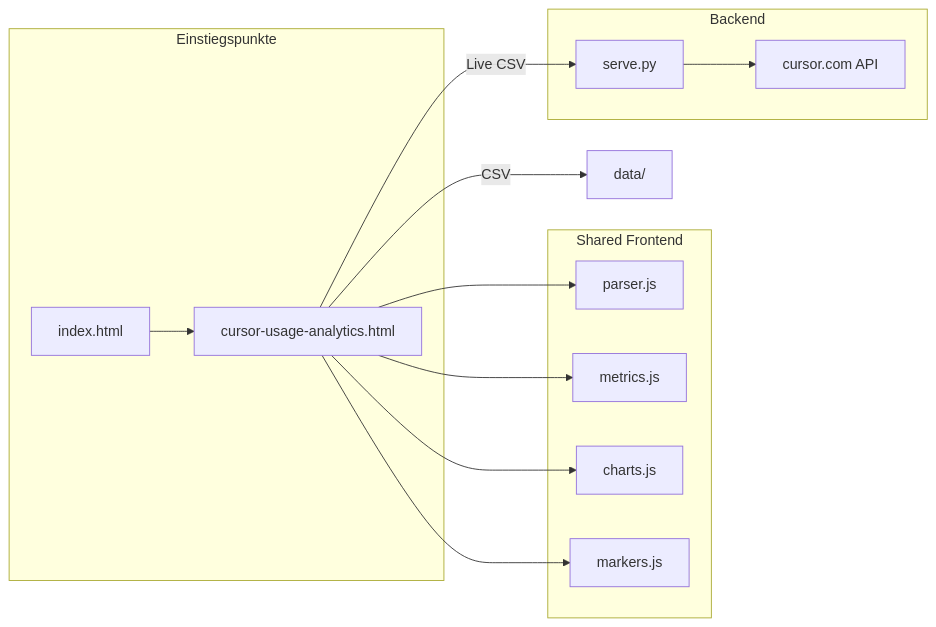
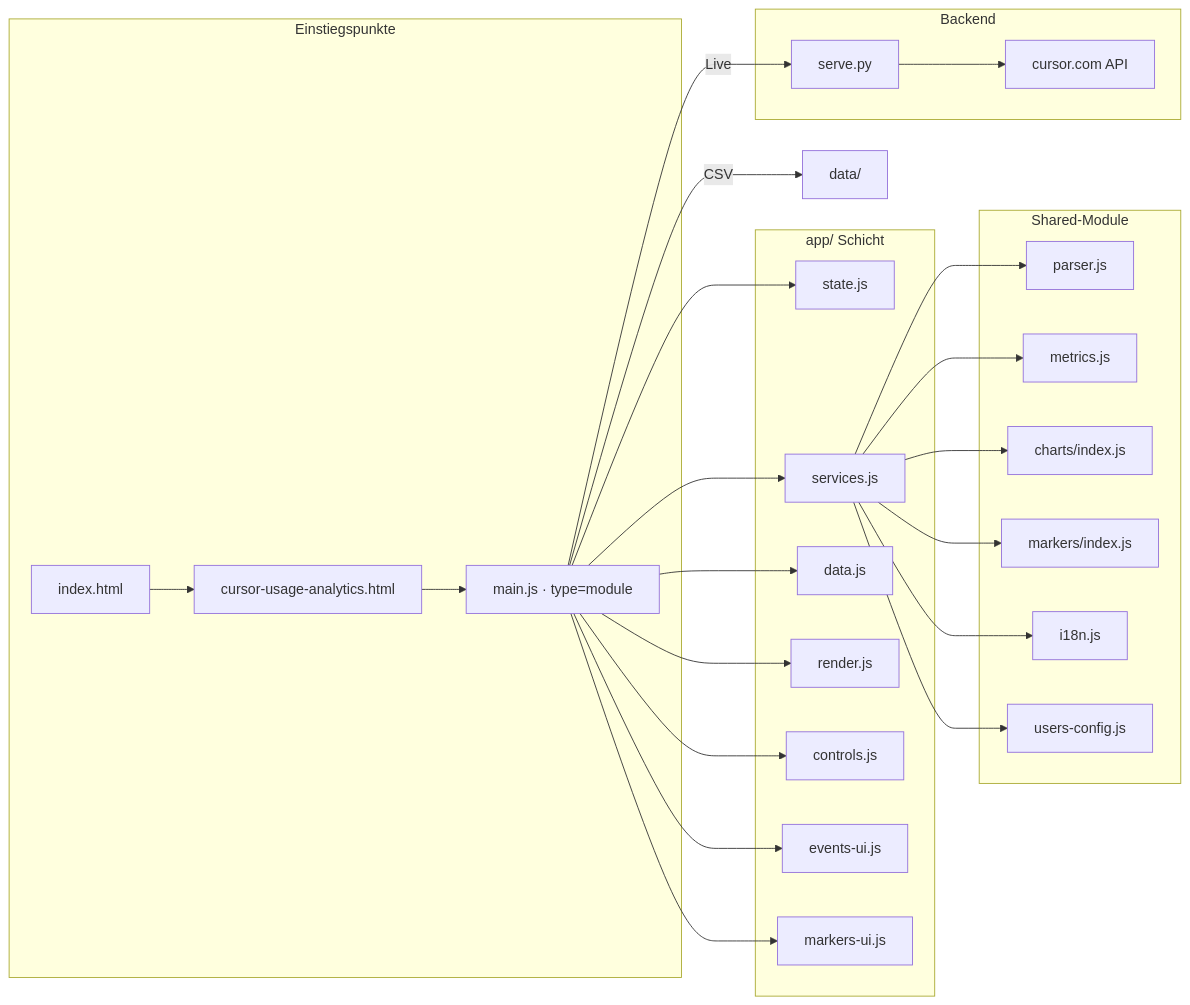
The diagram in docs/REFERENCE.md (70hundert/cursor-usage-analytics), drawn with Mermaid before and after one commit. The commit also changed other lines of this file and 13 other files, not shown here.

First line of the commit message:
refactor: PHASE 05 modularize cursor analytics frontend and enhance documentation

````diff
--- a/docs/REFERENCE.md
+++ b/docs/REFERENCE.md
@@ -34,25 +54,36 @@
 ```mermaid
 flowchart LR
   subgraph entry [Einstiegspunkte]
     hub[index.html]
     analytics[cursor-usage-analytics.html]
+    main[main.js · type=module]
   end
-  subgraph shared [Shared Frontend]
+  subgraph app [app/ Schicht]
+    state[state.js]
+    services[services.js]
+    data[data.js]
+    render[render.js]
+    controls[controls.js]
+    eventsui[events-ui.js]
+    markersui[markers-ui.js]
+  end
+  subgraph shared [Shared-Module]
     parser[parser.js]
     metrics[metrics.js]
-    charts[charts.js]
-    markers[markers.js]
+    charts[charts/index.js]
+    markers[markers/index.js]
+    i18n[i18n.js]
+    usersconfig[users-config.js]
   end
   subgraph backend [Backend]
     serve[serve.py]
     cursorAPI[cursor.com API]
   end
   hub --> analytics
-  analytics --> parser
-  analytics --> metrics
-  analytics --> charts
-  analytics --> markers
-  analytics -->|Live CSV| serve
-  analytics -->|CSV| data[data/]
+  analytics --> main
+  main --> state & services & data & render & controls & eventsui & markersui
+  services --> parser & metrics & charts & markers & i18n & usersconfig
+  main -->|Live| serve
+  main -->|CSV| csvdata[data/]
   serve --> cursorAPI
 ```
````
